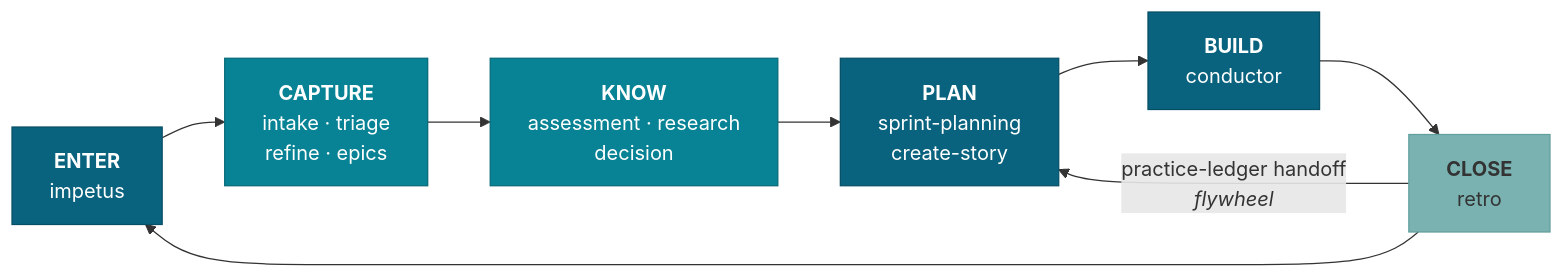
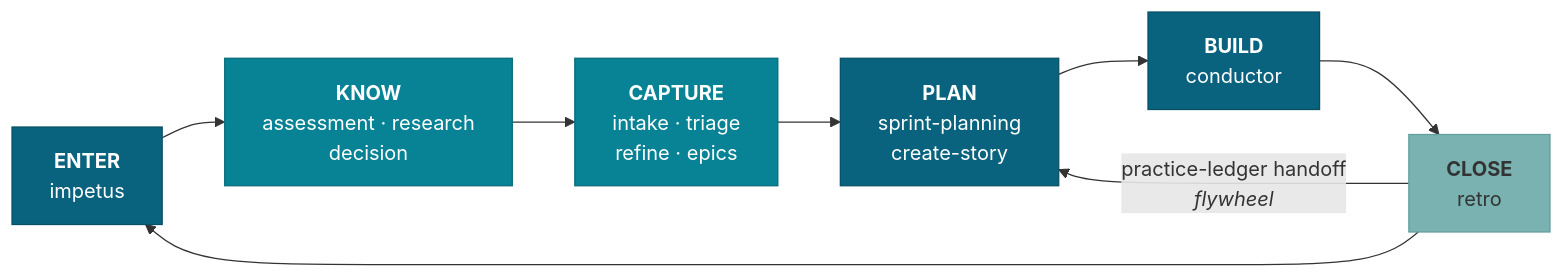
Before and after one commit to iamsteveholmes/momentum: the first of 2 diagrams in README.md, drawn with Mermaid. The commit also changed other lines of this file and 3 other files, not shown here.

````diff
--- a/README.md
+++ b/README.md
@@ -42,20 +42,20 @@
 ```mermaid
 graph LR
     E["<b>ENTER</b><br/>impetus"]
+    K["<b>KNOW</b><br/>assessment · research<br/>decision"]
     C["<b>CAPTURE</b><br/>intake · triage<br/>refine · epics"]
-    K["<b>KNOW</b><br/>assessment · research<br/>decision"]
     P["<b>PLAN</b><br/>sprint-planning<br/>create-story"]
     B["<b>BUILD</b><br/>conductor"]
     X["<b>CLOSE</b><br/>retro"]
 
-    E --> C --> K --> P --> B --> X
+    E --> K --> C --> P --> B --> X
     X --> E
     X -- "practice-ledger handoff<br/><i>flywheel</i>" --> P
 
     style E fill:#09637E,stroke:#074f65,color:#fff
     style C fill:#088395,stroke:#066a78,color:#fff
     style K fill:#088395,stroke:#066a78,color:#fff
     style P fill:#09637E,stroke:#074f65,color:#fff
     style B fill:#09637E,stroke:#074f65,color:#fff
     style X fill:#7AB2B2,stroke:#629e9e,color:#333
 ```
````
